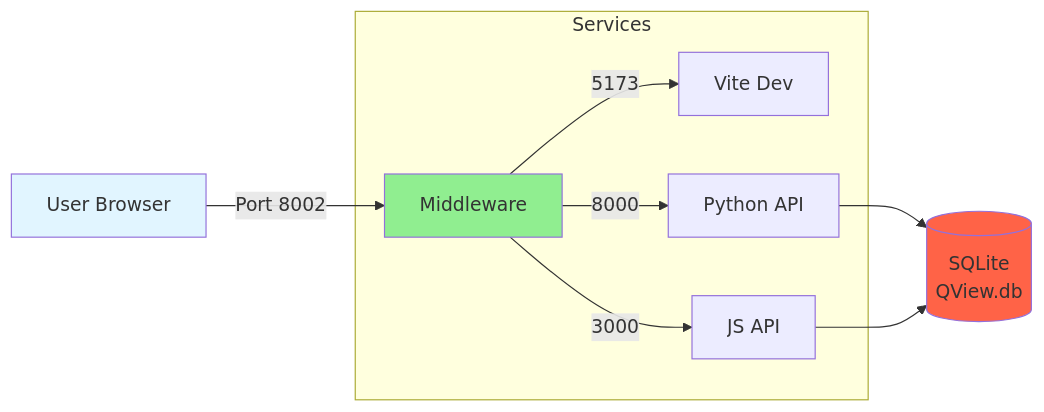
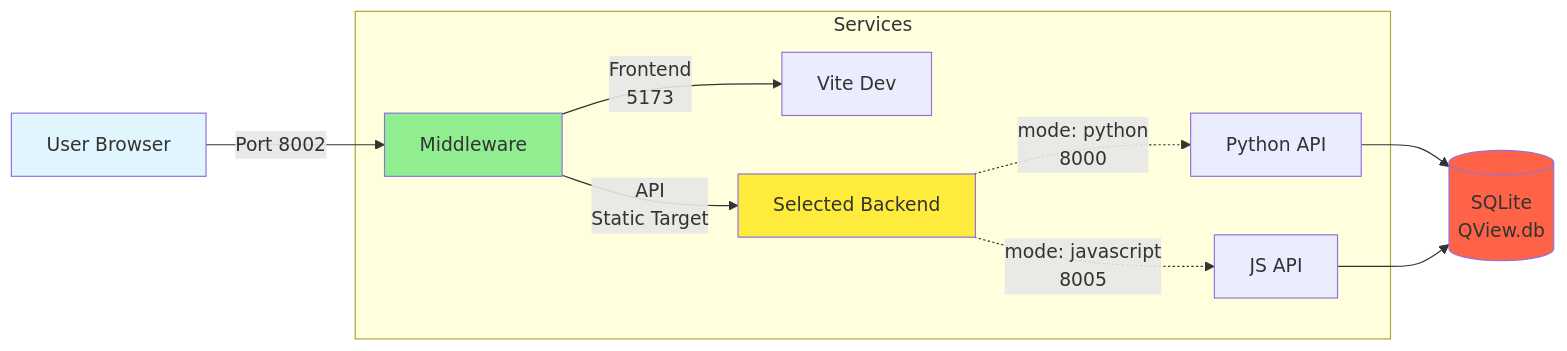
The second of 2 diagrams in docs/SETUP.md (sunyhydralab/QView3D), drawn with Mermaid before and after one commit. The commit also changed other lines of this file and 4 other files, not shown here.

Commit message:
docs: update documentation to reflect middleware architecture changes

````diff
--- a/docs/SETUP.md
+++ b/docs/SETUP.md
@@ -118,17 +124,19 @@
 ```mermaid
 flowchart LR
     User[User Browser] -->|Port 8002| MW[Middleware]
 
     subgraph Services
-        MW -->|5173| Vite[Vite Dev]
-        MW -->|8000| Py[Python API]
-        MW -->|3000| JS[JS API]
+        MW -->|Frontend<br/>5173| Vite[Vite Dev]
+        MW -->|API<br/>Static Target| Target[Selected Backend]
+        Target -.->|mode: python<br/>8000| Py[Python API]
+        Target -.->|mode: javascript<br/>8005| JS[JS API]
     end
 
     Py --> DB[(SQLite<br/>QView.db)]
     JS --> DB
 
     style User fill:#e1f5ff
     style MW fill:#90ee90
+    style Target fill:#ffeb3b
     style DB fill:#ff6347
 ```
````
